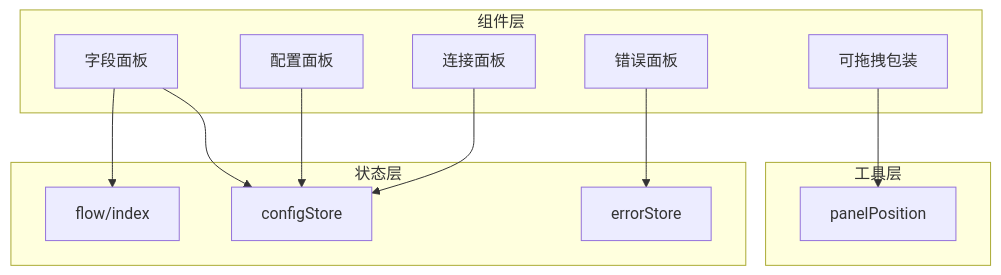
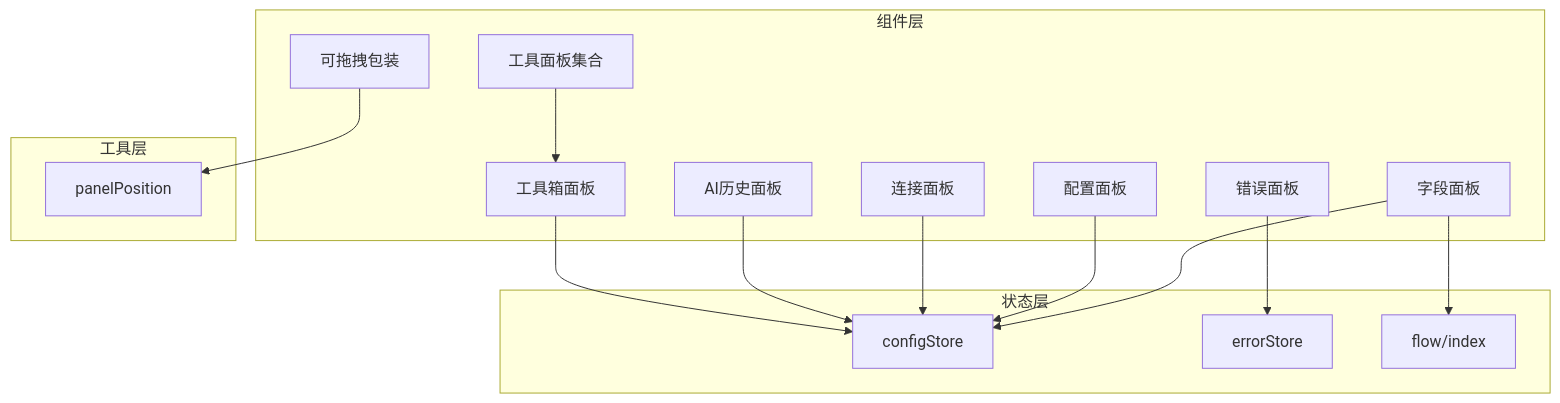
Before and after one commit to kqcoxn/MaaPipelineEditor: the second of 10 diagrams in .qoder/repowiki/zh/content/用户界面/面板系统/面板系统.md, drawn with Mermaid. The commit also changed other lines of this file and 17 other files, not shown here.

````diff
--- a/.qoder/repowiki/zh/content/用户界面/面板系统/面板系统.md
+++ b/.qoder/repowiki/zh/content/用户界面/面板系统/面板系统.md
@@ -133,24 +161,30 @@
 ```mermaid
 graph TB
 subgraph "组件层"
 FP["字段面板"]
 CP["配置面板"]
 CONP["连接面板"]
 EP["错误面板"]
+AHP["AI历史面板"]
+TB["工具箱面板"]
 DP["可拖拽包装"]
+TP["工具面板集合"]
 end
 subgraph "状态层"
 CS["configStore"]
 ES["errorStore"]
 FS["flow/index"]
 end
 subgraph "工具层"
 PP["panelPosition"]
 end
 FP --> CS
 FP --> FS
 CP --> CS
 CONP --> CS
 EP --> ES
+AHP --> CS
+TB --> CS
 DP --> PP
+TP --> TB
 ```
````
